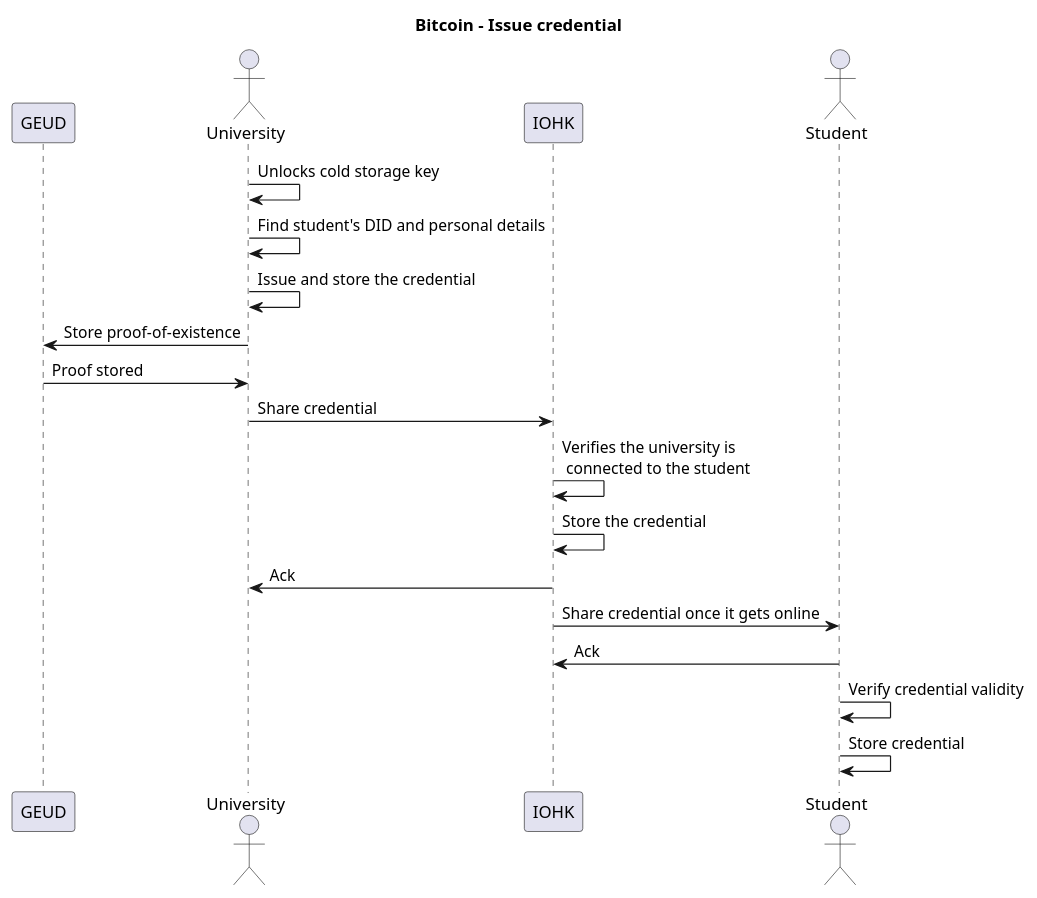
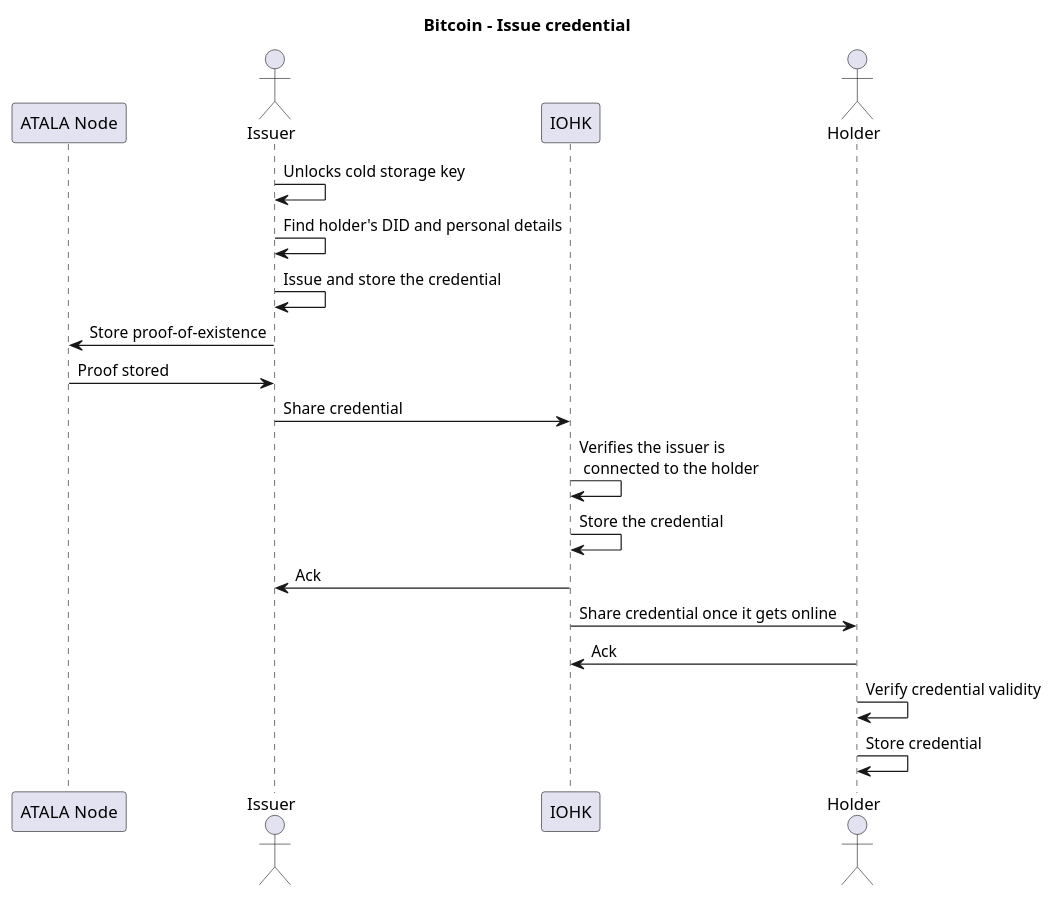
One commit to input-output-hk/atala-prism changed the diagram in credentials-verification/docs/bitcoin/diagrams/issue-credential.puml. Above: the diagram before and after it, drawn with PlantUML. The commit also changed 14 other files, not shown here.

```diff
--- a/credentials-verification/docs/bitcoin/diagrams/issue-credential.puml
+++ b/credentials-verification/docs/bitcoin/diagrams/issue-credential.puml
@@ -1,22 +1,22 @@
 @startuml
 title Bitcoin - Issue credential
 
-participant GEUD
-actor University
+participant "ATALA Node" as AtalaNode
+actor Issuer
 participant IOHK
-actor Student
+actor Holder
 
-University -> University : Unlocks cold storage key
-University -> University : Find student's DID and personal details
-University -> University : Issue and store the credential
-University -> GEUD : Store proof-of-existence
-GEUD -> University : Proof stored
-University -> IOHK : Share credential
-IOHK -> IOHK : Verifies the university is\n connected to the student
+Issuer -> Issuer : Unlocks cold storage key
+Issuer -> Issuer : Find holder's DID and personal details
+Issuer -> Issuer : Issue and store the credential
+Issuer -> AtalaNode : Store proof-of-existence
+AtalaNode -> Issuer : Proof stored
+Issuer -> IOHK : Share credential
+IOHK -> IOHK : Verifies the issuer is\n connected to the holder
 IOHK -> IOHK : Store the credential
-IOHK -> University : Ack
-IOHK -> Student : Share credential once it gets online
-Student -> IOHK : Ack
-Student -> Student : Verify credential validity
-Student -> Student : Store credential
+IOHK -> Issuer : Ack
+IOHK -> Holder : Share credential once it gets online
+Holder -> IOHK : Ack
+Holder -> Holder : Verify credential validity
+Holder -> Holder : Store credential
 @enduml
```
